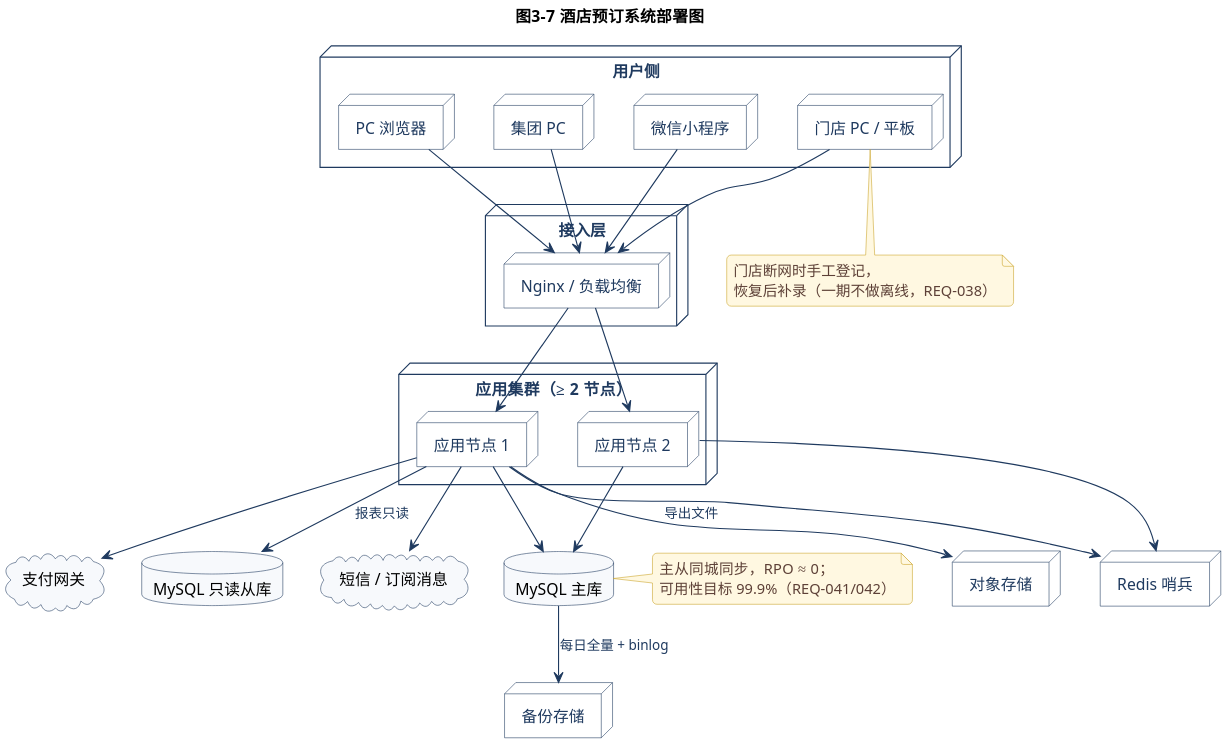
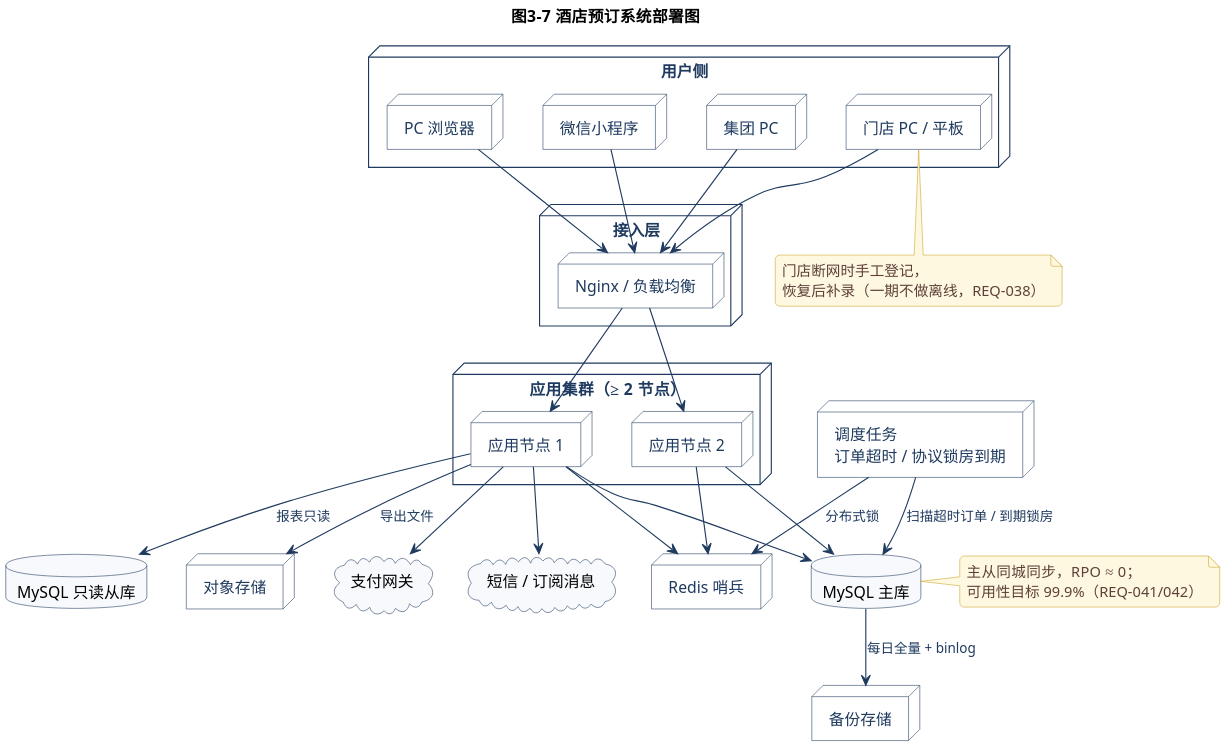
The diagram in lab2/UML/UML部署图.puml (Ash-Klein/hotel-booking-system), drawn with PlantUML before and after one commit. The commit also changed 12 other files, not shown here.

First line of the commit message:
fix(lab2): 统一协议锁房在各图中的口径（REQ-008）

```diff
--- a/lab2/UML/UML部署图.puml
+++ b/lab2/UML/UML部署图.puml
@@ -1,74 +1,77 @@
 @startuml UML部署图
 skinparam defaultFontName "Microsoft YaHei"
 skinparam dpi 200
 skinparam shadowing false
 skinparam backgroundColor #FFFFFF
 skinparam roundCorner 8
 skinparam ArrowColor #1F3A5F
 skinparam ArrowFontColor #1F3A5F
 skinparam ArrowFontSize 12
 skinparam nodeBorderColor #1F3A5F
 skinparam nodeBackgroundColor #FFFFFF
 skinparam nodeFontColor #1F3A5F
 skinparam databaseBorderColor #1F3A5F
 skinparam databaseBackgroundColor #F7F9FC
 skinparam cloudBorderColor #1F3A5F
 skinparam cloudBackgroundColor #F7F9FC
 skinparam noteBackgroundColor #FFF8E1
 skinparam noteBorderColor #C9A227
 skinparam noteFontColor #5D4037
 skinparam nodesep 35
 skinparam ranksep 50
 title 图3-7  酒店预订系统部署图
 
 node "用户侧" {
   node "微信小程序" as MP
   node "PC 浏览器" as PC
   node "门店 PC / 平板" as STORE
   node "集团 PC" as HQ
 }
 
 node "接入层" {
   node "Nginx / 负载均衡" as NG
 }
 
 node "应用集群（≥ 2 节点）" {
   node "应用节点 1" as APP1
   node "应用节点 2" as APP2
 }
 
 database "MySQL 主库" as DB
 database "MySQL 只读从库" as RO
 node "Redis 哨兵" as REDIS
 node "对象存储" as OSS
 cloud "支付网关" as PAY
 cloud "短信 / 订阅消息" as SMS
 node "备份存储" as BAK
+node "调度任务\n订单超时 / 协议锁房到期" as JOB
 
 MP --> NG
 PC --> NG
 STORE --> NG
 HQ --> NG
 NG --> APP1
 NG --> APP2
 APP1 --> DB
 APP2 --> DB
 APP1 --> REDIS
 APP2 --> REDIS
 APP1 --> RO : 报表只读
 DB --> BAK : 每日全量 + binlog
 APP1 --> OSS : 导出文件
 APP1 --> PAY
 APP1 --> SMS
+JOB --> DB : 扫描超时订单 / 到期锁房
+JOB --> REDIS : 分布式锁
 
 note right of DB
   主从同城同步，RPO ≈ 0；
   可用性目标 99.9%（REQ-041/042）
 end note
 
 note bottom of STORE
   门店断网时手工登记，
   恢复后补录（一期不做离线，REQ-038）
 end note
 
 @enduml
```
